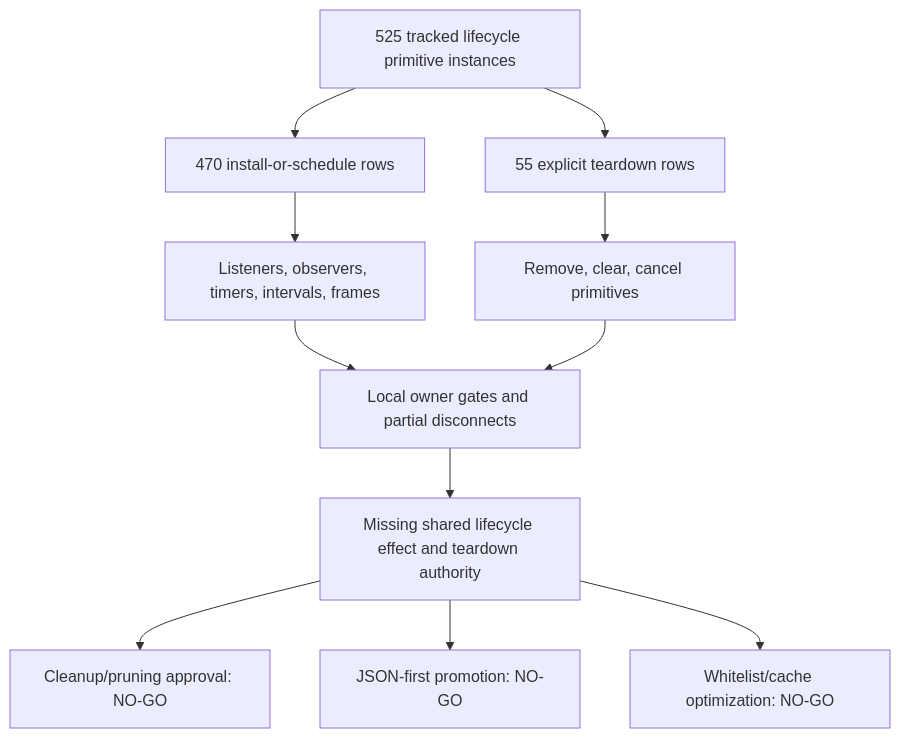
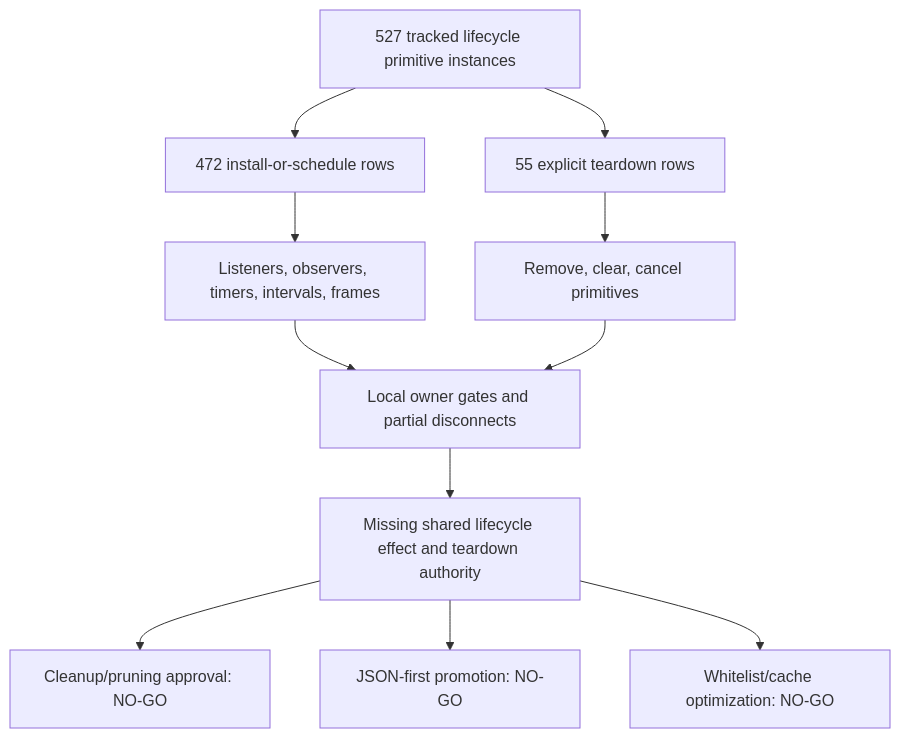
Diagram 47 of 47 in docs/audit/FILTERTUBE_LIFECYCLE_INSTANCE_REGISTER_2026-05-18.md (varshneydevansh/FilterTube), drawn with Mermaid before and after one commit. The commit also changed other lines of this file and 619 other files, not shown here.

````diff
--- a/docs/audit/FILTERTUBE_LIFECYCLE_INSTANCE_REGISTER_2026-05-18.md
+++ b/docs/audit/FILTERTUBE_LIFECYCLE_INSTANCE_REGISTER_2026-05-18.md
@@ -4368,13 +4368,13 @@
 ```mermaid
 flowchart TD
-  A["525 tracked lifecycle primitive instances"] --> B["470 install-or-schedule rows"]
+  A["527 tracked lifecycle primitive instances"] --> B["472 install-or-schedule rows"]
   A --> C["55 explicit teardown rows"]
   B --> D["Listeners, observers, timers, intervals, frames"]
   C --> E["Remove, clear, cancel primitives"]
   D --> F["Local owner gates and partial disconnects"]
   E --> F
   F --> G["Missing shared lifecycle effect and teardown authority"]
   G --> H["Cleanup/pruning approval: NO-GO"]
   G --> I["JSON-first promotion: NO-GO"]
   G --> J["Whitelist/cache optimization: NO-GO"]
 ```
````
